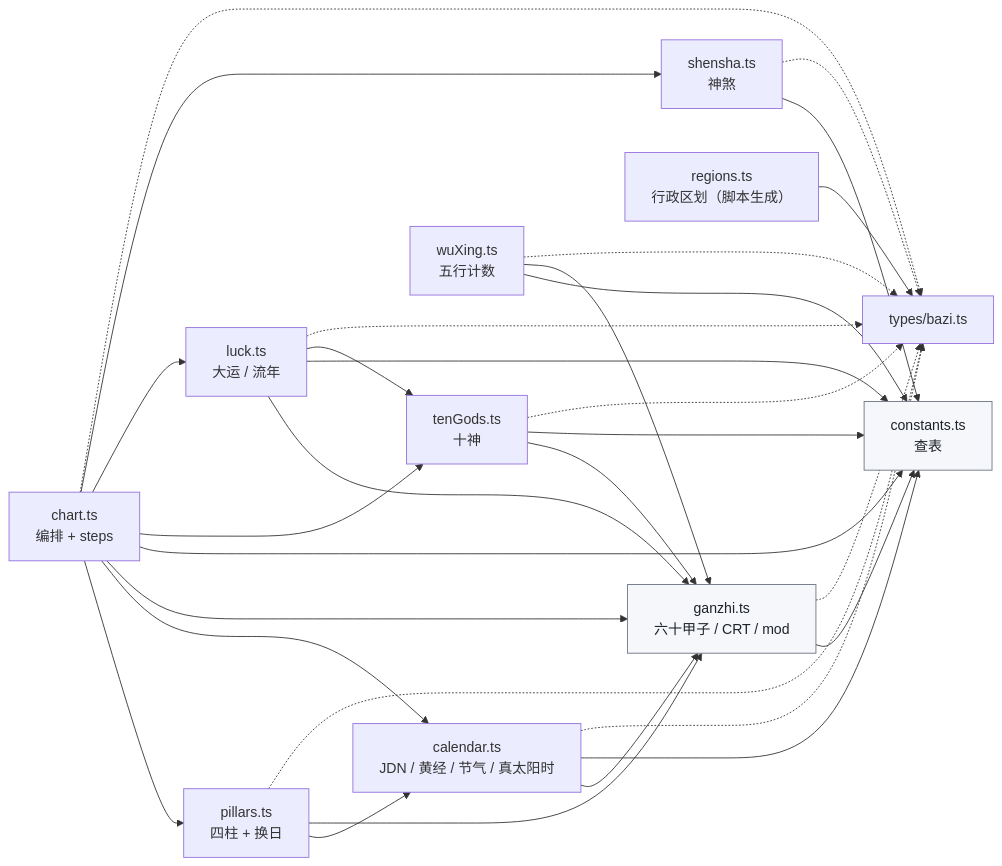
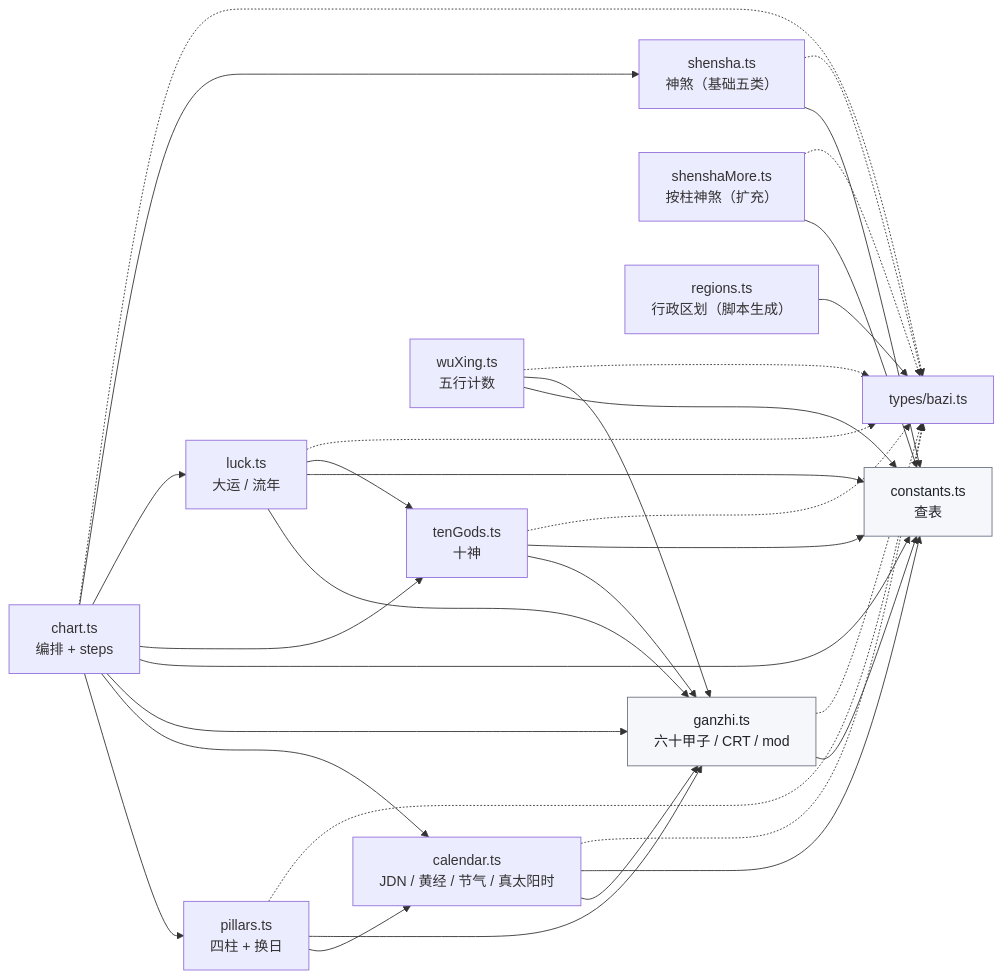
The second of 9 diagrams in doc/bazi-call-graph.md (yunzheyue-star/BaZi), drawn with Mermaid before and after one commit. The commit also changed other lines of this file and 10 other files, not shown here.

````diff
--- a/doc/bazi-call-graph.md
+++ b/doc/bazi-call-graph.md
@@ -135,48 +139,51 @@
 ```mermaid
 flowchart LR
     chart["chart.ts<br/>编排 + steps"]
     pillars["pillars.ts<br/>四柱 + 换日"]
     calendar["calendar.ts<br/>JDN / 黄经 / 节气 / 真太阳时"]
     ganzhi["ganzhi.ts<br/>六十甲子 / CRT / mod"]
     constants["constants.ts<br/>查表"]
     tenGods["tenGods.ts<br/>十神"]
     luck["luck.ts<br/>大运 / 流年"]
-    shensha["shensha.ts<br/>神煞"]
+    shensha["shensha.ts<br/>神煞（基础五类）"]
+    shenshaMore["shenshaMore.ts<br/>按柱神煞（扩充）"]
     wuXing["wuXing.ts<br/>五行计数"]
     regions["regions.ts<br/>行政区划（脚本生成）"]
     types["types/bazi.ts"]
 
     chart --> pillars
     chart --> calendar
     chart --> ganzhi
     chart --> constants
     chart --> tenGods
     chart --> luck
     chart --> shensha
     wuXing --> constants
     wuXing --> ganzhi
     regions --> types
     pillars --> calendar
     pillars --> ganzhi
     tenGods --> ganzhi
     tenGods --> constants
     luck --> ganzhi
     luck --> constants
     luck --> tenGods
     shensha --> constants
+    shenshaMore --> constants
     ganzhi --> constants
     calendar --> ganzhi
     calendar --> constants
 
     chart -.-> types
     ganzhi -.-> types
     calendar -.-> types
     pillars -.-> types
     tenGods -.-> types
     luck -.-> types
     shensha -.-> types
+    shenshaMore -.-> types
     wuXing -.-> types
 
     classDef leaf fill:#f5f7fa,stroke:#6b7280,color:#1f2329
     class constants,ganzhi leaf
 ```
````
